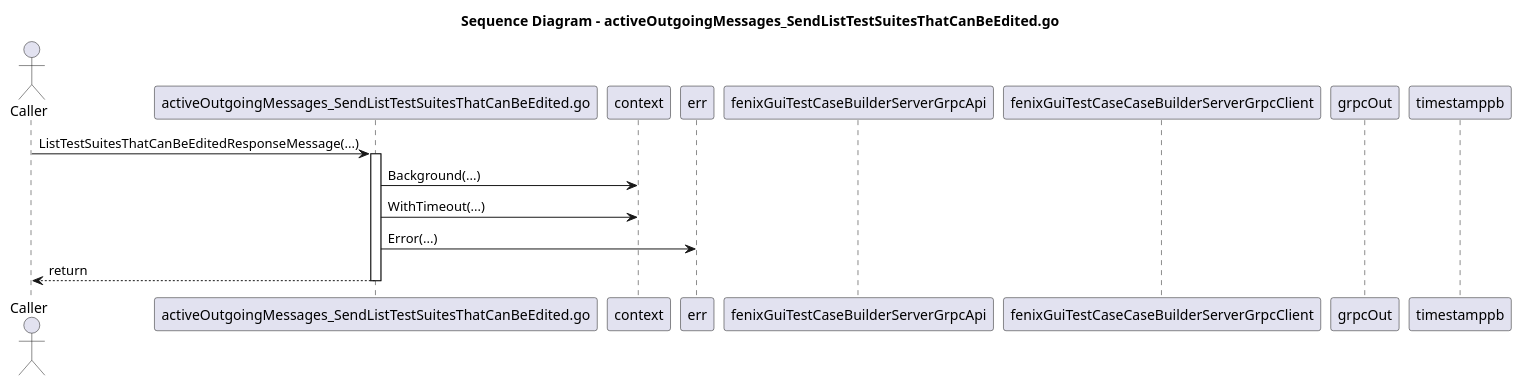
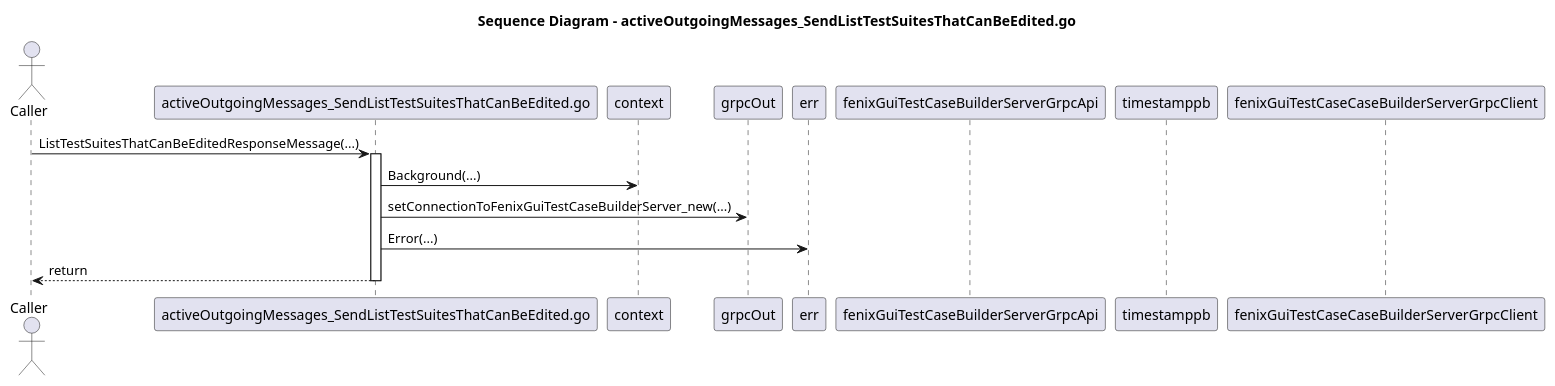
Before and after one commit to jlambert68/FenixTesterGui: the diagram in grpc_out_GuiTestCaseBuilderServer/docs/activeOutgoingMessages_SendListTestSuitesThatCanBeEdited_sequence.puml, drawn with PlantUML. The commit also changed 707 other files, not shown here.

Commit message:
Added md-files, activity-diagrams and sequence-diagrams for all go-files, v3

```diff
--- a/grpc_out_GuiTestCaseBuilderServer/docs/activeOutgoingMessages_SendListTestSuitesThatCanBeEdited_sequence.puml
+++ b/grpc_out_GuiTestCaseBuilderServer/docs/activeOutgoingMessages_SendListTestSuitesThatCanBeEdited_sequence.puml
@@ -1,18 +1,18 @@
 @startuml
 title Sequence Diagram - activeOutgoingMessages_SendListTestSuitesThatCanBeEdited.go
 actor Caller
 participant "activeOutgoingMessages_SendListTestSuitesThatCanBeEdited.go" as File
 participant "context" as context
+participant "grpcOut" as grpcOut
 participant "err" as err
 participant "fenixGuiTestCaseBuilderServerGrpcApi" as fenixGuiTestCaseBuilderServerGrpcApi
+participant "timestamppb" as timestamppb
 participant "fenixGuiTestCaseCaseBuilderServerGrpcClient" as fenixGuiTestCaseCaseBuilderServerGrpcClient
-participant "grpcOut" as grpcOut
-participant "timestamppb" as timestamppb
 Caller -> File: ListTestSuitesThatCanBeEditedResponseMessage(...)
 activate File
 File -> context: Background(...)
-File -> context: WithTimeout(...)
+File -> grpcOut: setConnectionToFenixGuiTestCaseBuilderServer_new(...)
 File -> err: Error(...)
 File --> Caller: return
 deactivate File
 @enduml
```
